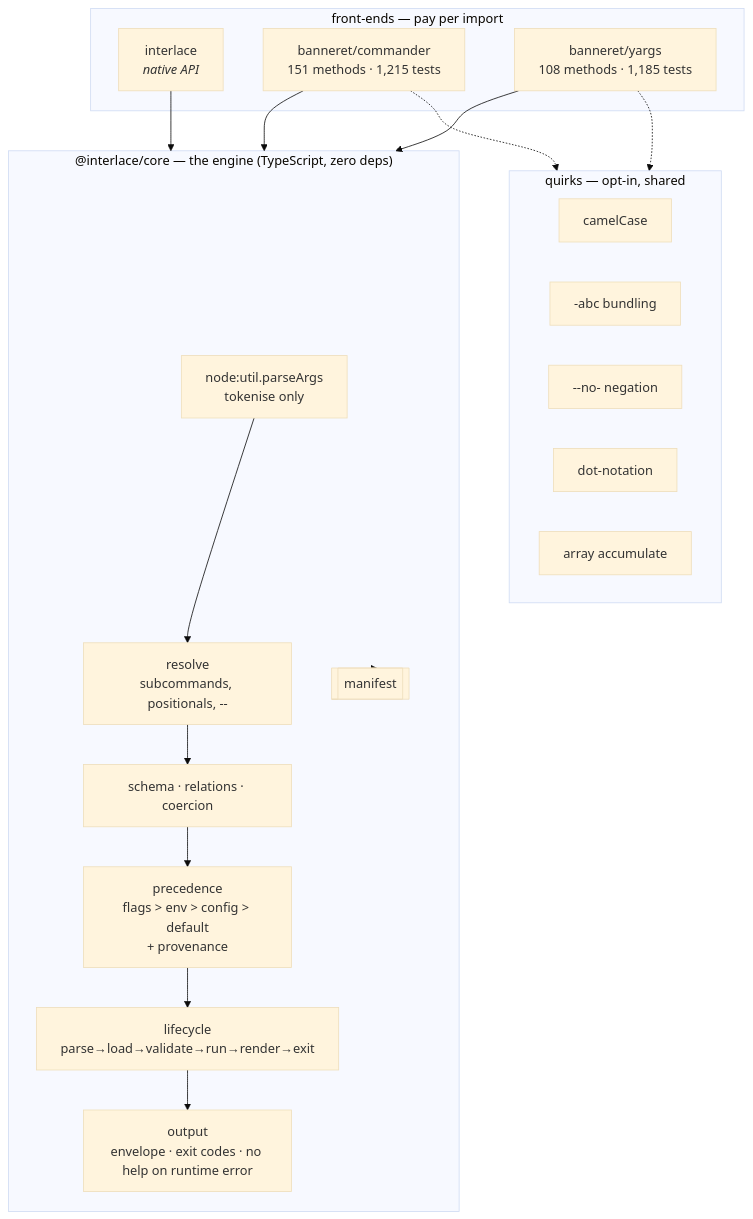
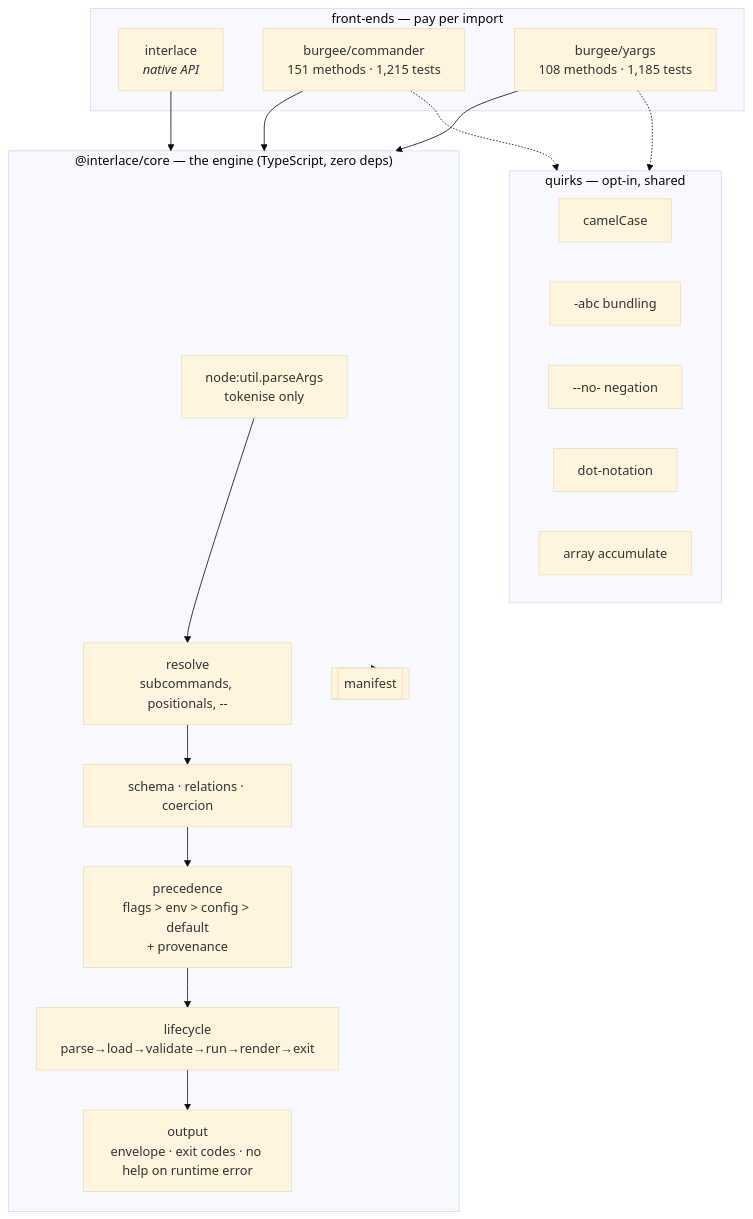
The third of 8 diagrams in docs/research/architecture.md (ofri-peretz/burgee), drawn with Mermaid (base theme) before and after one commit. The commit also changed other lines of this file and 12 other files, not shown here.

````diff
--- a/docs/research/architecture.md
+++ b/docs/research/architecture.md
@@ -69,28 +69,28 @@
 ```mermaid
 flowchart TB
   subgraph core["@interlace/core — the engine (TypeScript, zero deps)"]
     PA["node:util.parseArgs<br/>tokenise only"] --> RES["resolve<br/>subcommands, positionals, --"]
     RES --> VAL["schema · relations · coercion"]
     VAL --> PREC["precedence<br/>flags &gt; env &gt; config &gt; default<br/>+ provenance"]
     PREC --> LIFE["lifecycle<br/>parse→load→validate→run→render→exit"]
     LIFE --> OUT["output<br/>envelope · exit codes · no help on runtime error"]
     MAN[["manifest"]]
   end
 
   subgraph fe["front-ends — pay per import"]
     NAT["interlace<br/><i>native API</i>"]
-    CMD["banneret/commander<br/>151 methods · 1,215 tests"]
-    YRG["banneret/yargs<br/>108 methods · 1,185 tests"]
+    CMD["burgee/commander<br/>151 methods · 1,215 tests"]
+    YRG["burgee/yargs<br/>108 methods · 1,185 tests"]
   end
 
   subgraph q["quirks — opt-in, shared"]
     Q1["camelCase"]; Q2["-abc bundling"]; Q3["--no- negation"]; Q4["dot-notation"]; Q5["array accumulate"]
   end
 
   NAT --> core
   CMD --> core
   YRG --> core
   CMD -.-> q
   YRG -.-> q
   core --> MAN
 ```
````
